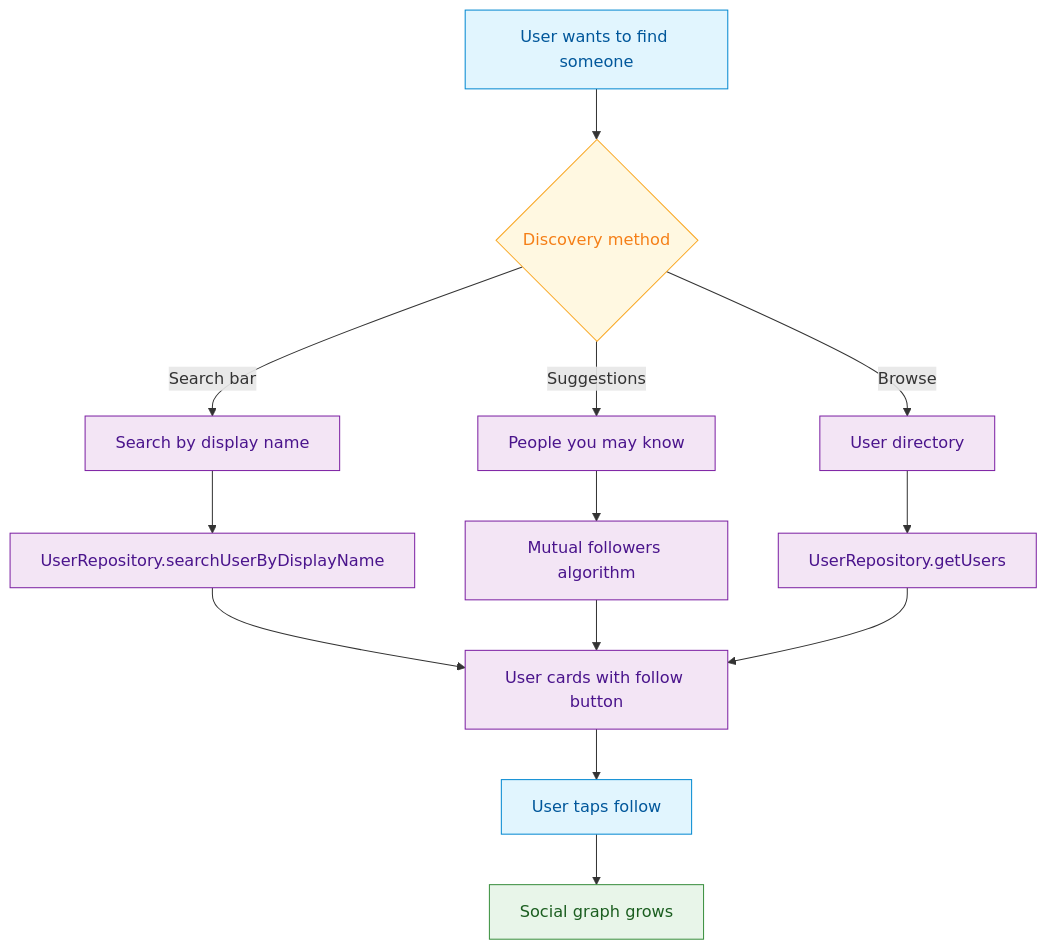
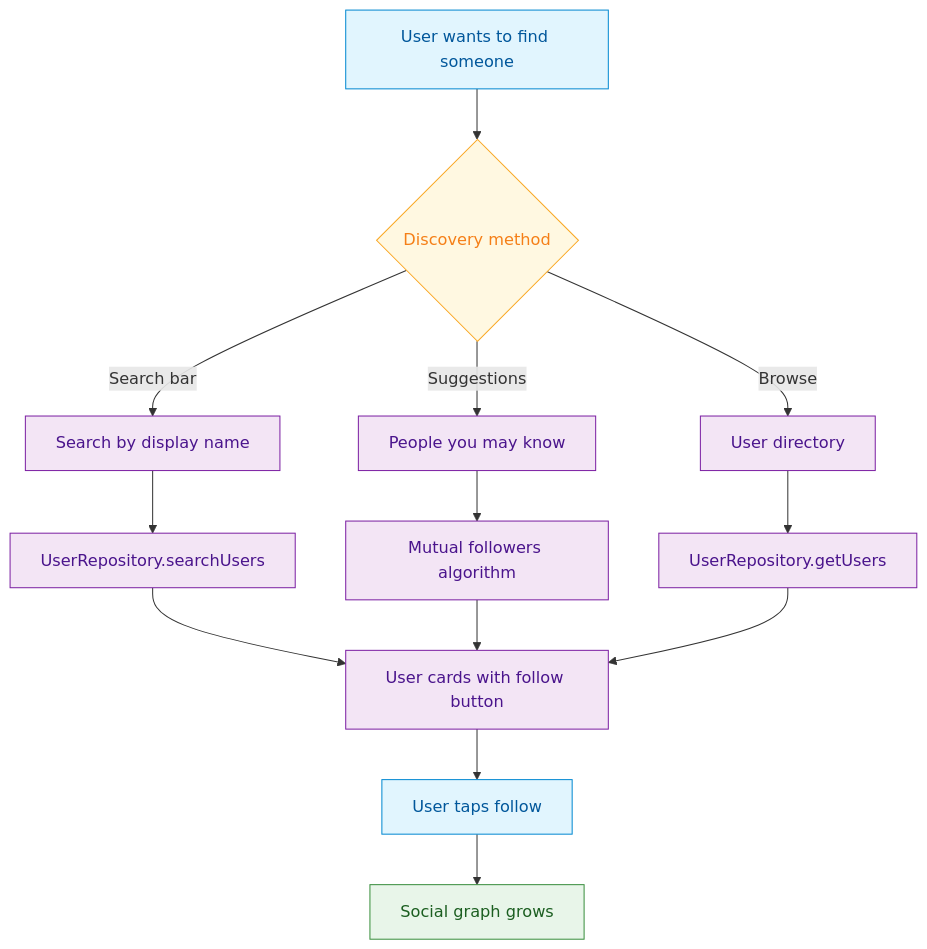
The diagram in use-cases/social/user-search-and-people-discovery.mdx (AmityCo/social-plus-docs), drawn with Mermaid before and after one commit. The commit also changed other lines of this file and 6 other files, not shown here.

First line of the commit message:
docs(user): switch TypeScript user search to searchUsers and note display-name-only UIKit search

````diff
--- a/use-cases/social/user-search-and-people-discovery.mdx
+++ b/use-cases/social/user-search-and-people-discovery.mdx
@@ -26,23 +26,23 @@
 ```mermaid
 graph TD
     A[User wants to find someone] --> B{Discovery method}
     B -->|Search bar| C[Search by display name]
     B -->|Suggestions| D[People you may know]
     B -->|Browse| E[User directory]
-    C --> F[UserRepository.searchUserByDisplayName]
+    C --> F[UserRepository.searchUsers]
     D --> G[Mutual followers algorithm]
     E --> H[UserRepository.getUsers]
     F & G & H --> I[User cards with follow button]
     I --> J[User taps follow]
     J --> K[Social graph grows]
 
     classDef action fill:#e1f5fe,stroke:#0288d1,color:#01579b
     classDef decision fill:#fff8e1,stroke:#f9a825,color:#f57f17
     classDef process fill:#f3e5f5,stroke:#7b1fa2,color:#4a148c
     classDef outcome fill:#e8f5e9,stroke:#388e3c,color:#1b5e20
 
     class A,J action
     class B decision
     class C,D,E,F,G,H,I process
     class K outcome
 ```
````
